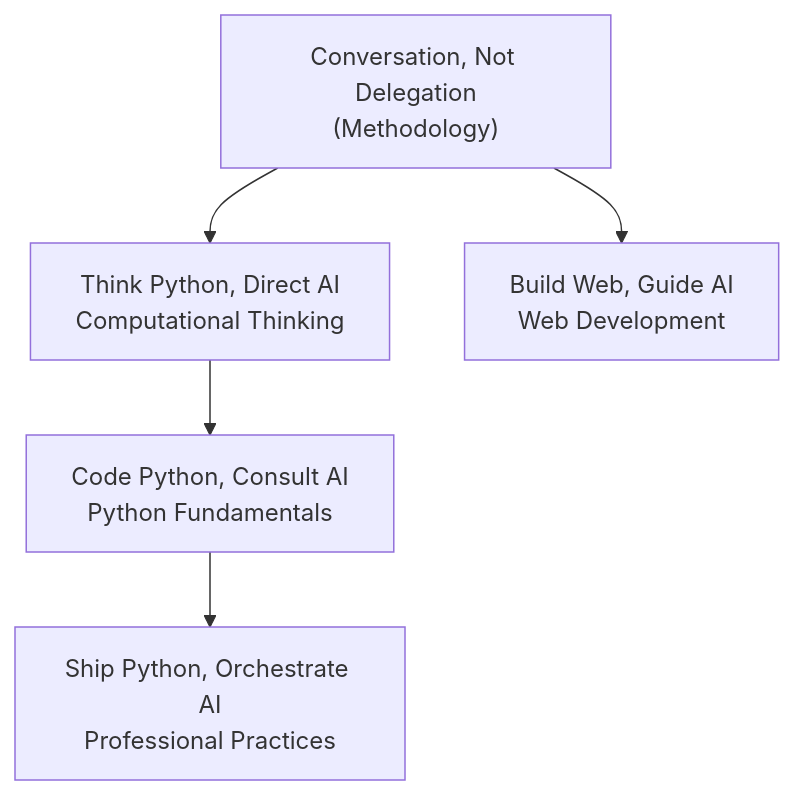
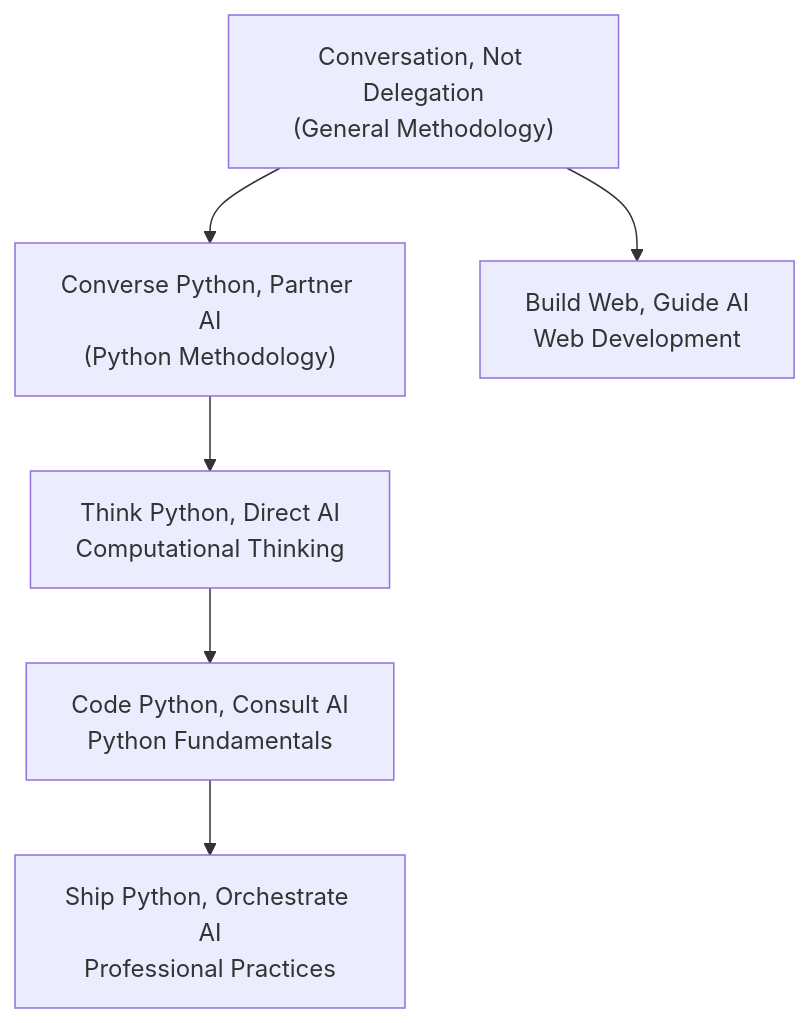
One commit to michael-borck/converse-python-partner-ai changed the diagram in index.qmd. Above: the diagram before and after it, drawn with Mermaid.

Commit message:
Update book progression diagram to show CND → CPPA relationship
CND is the general methodology, CPPA applies it to Python,
then Think/Code/Ship build specific skills. Web branches
from CND as a separate track.

````diff
--- a/index.qmd
+++ b/index.qmd
@@ -106,8 +106,10 @@
 ```{mermaid}
 flowchart TD
-    CND["Conversation, Not Delegation\n(Methodology)"]
-    CND --> Think["Think Python, Direct AI\nComputational Thinking"]
+    CND["Conversation, Not Delegation\n(General Methodology)"]
+    CPPA["Converse Python, Partner AI\n(Python Methodology)"]
+    CND --> CPPA
     CND --> Web["Build Web, Guide AI\nWeb Development"]
+    CPPA --> Think["Think Python, Direct AI\nComputational Thinking"]
     Think --> Code["Code Python, Consult AI\nPython Fundamentals"]
     Code --> Ship["Ship Python, Orchestrate AI\nProfessional Practices"]
 ```
````
